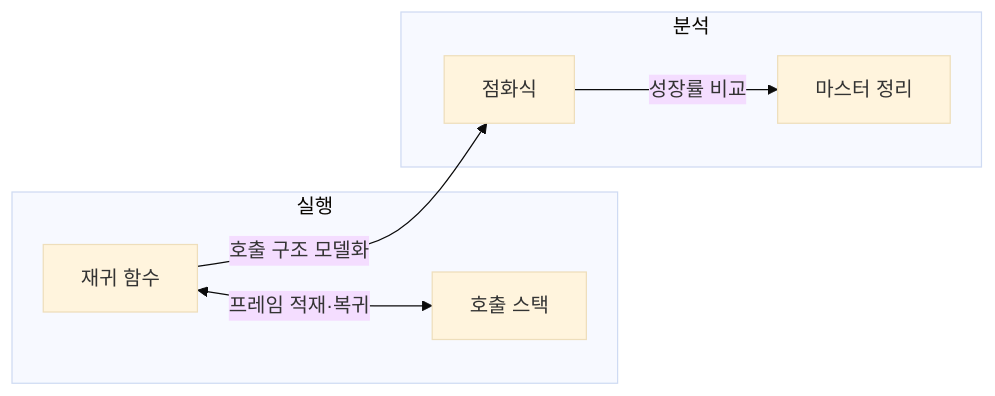
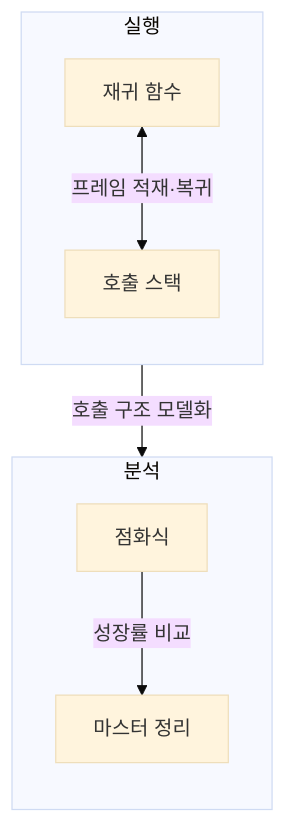
Before and after one commit to agnusdei1207/knowledge-base: the first of 2 diagrams in src/content/docs/notes/01-basic-theory/058_recursive_algo_master.md, drawn with Mermaid (base theme). The commit also changed other lines of this file and 20 other files, not shown here.

````diff
--- a/src/content/docs/notes/01-basic-theory/058_recursive_algo_master.md
+++ b/src/content/docs/notes/01-basic-theory/058_recursive_algo_master.md
@@ -63,10 +63,12 @@
 ```mermaid
-flowchart LR
+flowchart TB
     subgraph EXE[실행]
+        direction TB
         F[재귀 함수] <-->|프레임 적재·복귀| S[호출 스택]
     end
     subgraph ANA[분석]
+        direction TB
         R[점화식] -->|성장률 비교| M[마스터 정리]
     end
     F -->|호출 구조 모델화| R
 ```
````
